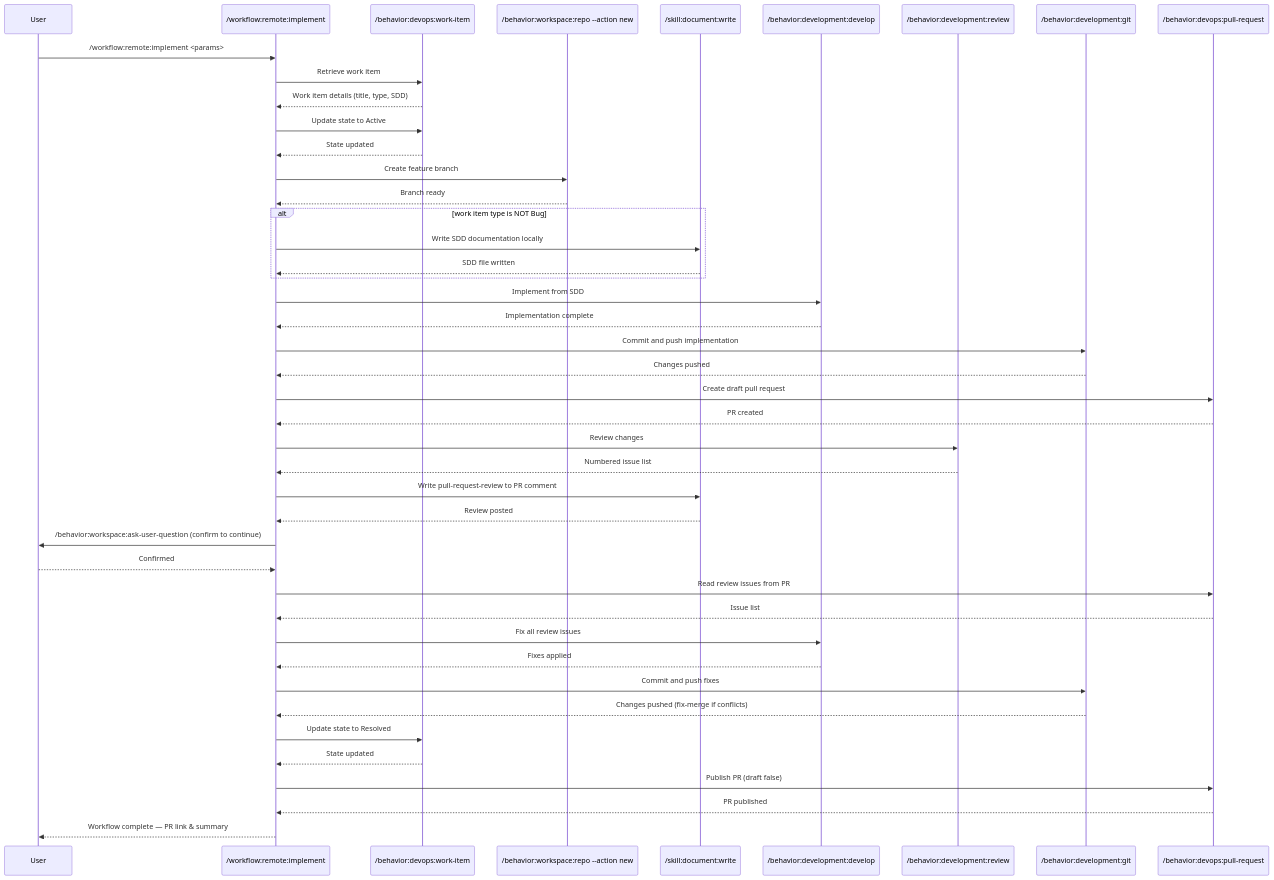
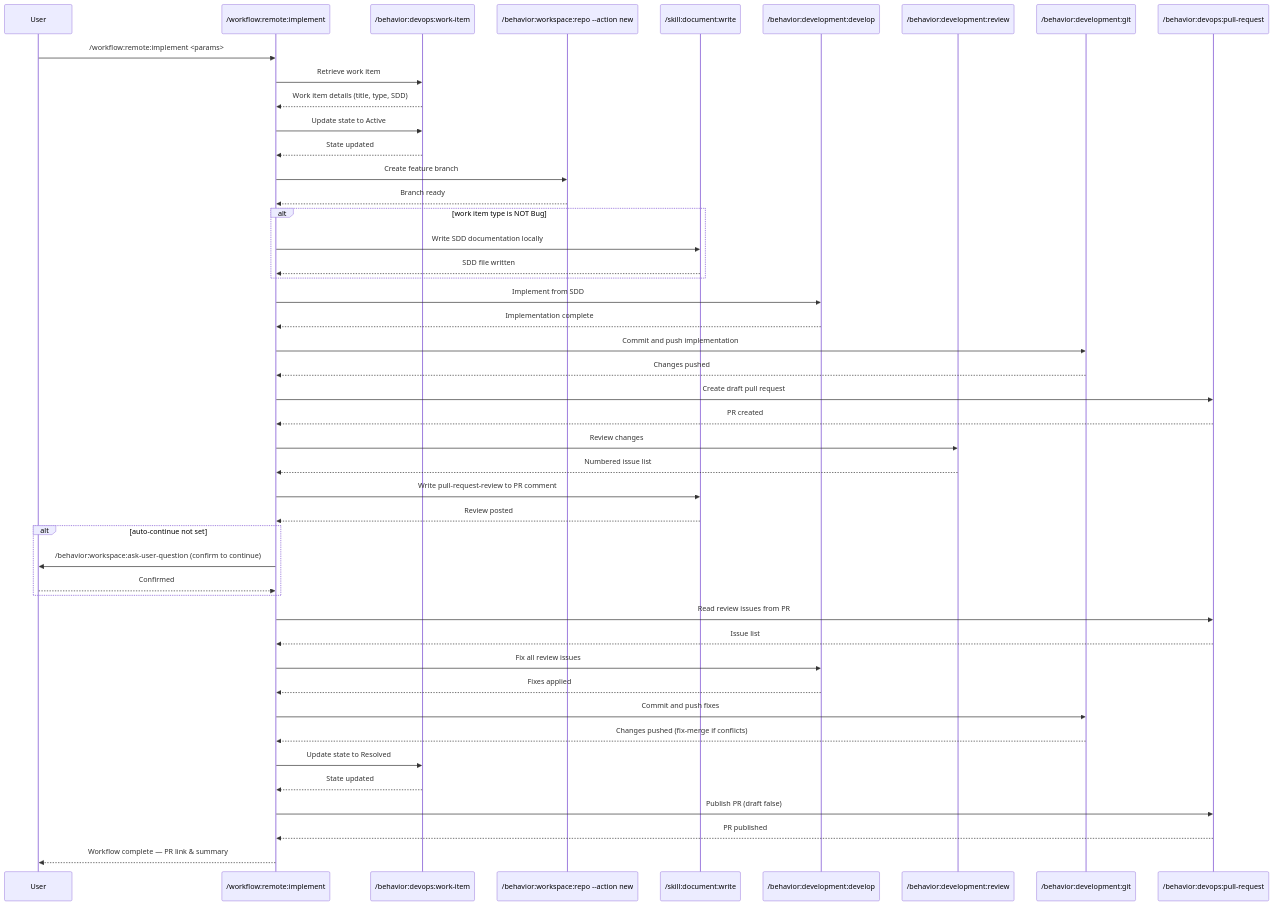
The diagram in .claude/commands/workflow/remote/implement.md (zzaia/zzaia-agentic-workspace), drawn with Mermaid before and after one commit. The commit also changed other lines of this file and 4 other files, not shown here.

````diff
--- a/.claude/commands/workflow/remote/implement.md
+++ b/.claude/commands/workflow/remote/implement.md
@@ -116,59 +116,61 @@
 ```mermaid
 sequenceDiagram
     participant U as User
     participant P as /workflow:remote:implement
     participant WI as /behavior:devops:work-item
     participant WN as /behavior:workspace:repo --action new
     participant DW as /skill:document:write
     participant DD as /behavior:development:develop
     participant DR as /behavior:development:review
     participant DG as /behavior:development:git
     participant PR as /behavior:devops:pull-request
 
     U->>P: /workflow:remote:implement <params>
 
     P->>WI: Retrieve work item
     WI-->>P: Work item details (title, type, SDD)
     P->>WI: Update state to Active
     WI-->>P: State updated
 
     P->>WN: Create feature branch
     WN-->>P: Branch ready
 
     alt work item type is NOT Bug
         P->>DW: Write SDD documentation locally
         DW-->>P: SDD file written
     end
 
     P->>DD: Implement from SDD
     DD-->>P: Implementation complete
 
     P->>DG: Commit and push implementation
     DG-->>P: Changes pushed
 
     P->>PR: Create draft pull request
     PR-->>P: PR created
 
     P->>DR: Review changes
     DR-->>P: Numbered issue list
     P->>DW: Write pull-request-review to PR comment
     DW-->>P: Review posted
-    P->>U: /behavior:workspace:ask-user-question (confirm to continue)
-    U-->>P: Confirmed
+    alt auto-continue not set
+        P->>U: /behavior:workspace:ask-user-question (confirm to continue)
+        U-->>P: Confirmed
+    end
 
     P->>PR: Read review issues from PR
     PR-->>P: Issue list
 
     P->>DD: Fix all review issues
     DD-->>P: Fixes applied
 
     P->>DG: Commit and push fixes
     DG-->>P: Changes pushed (fix-merge if conflicts)
     P->>WI: Update state to Resolved
     WI-->>P: State updated
 
     P->>PR: Publish PR (draft false)
     PR-->>P: PR published
 
     P-->>U: Workflow complete — PR link & summary
 ```
````
